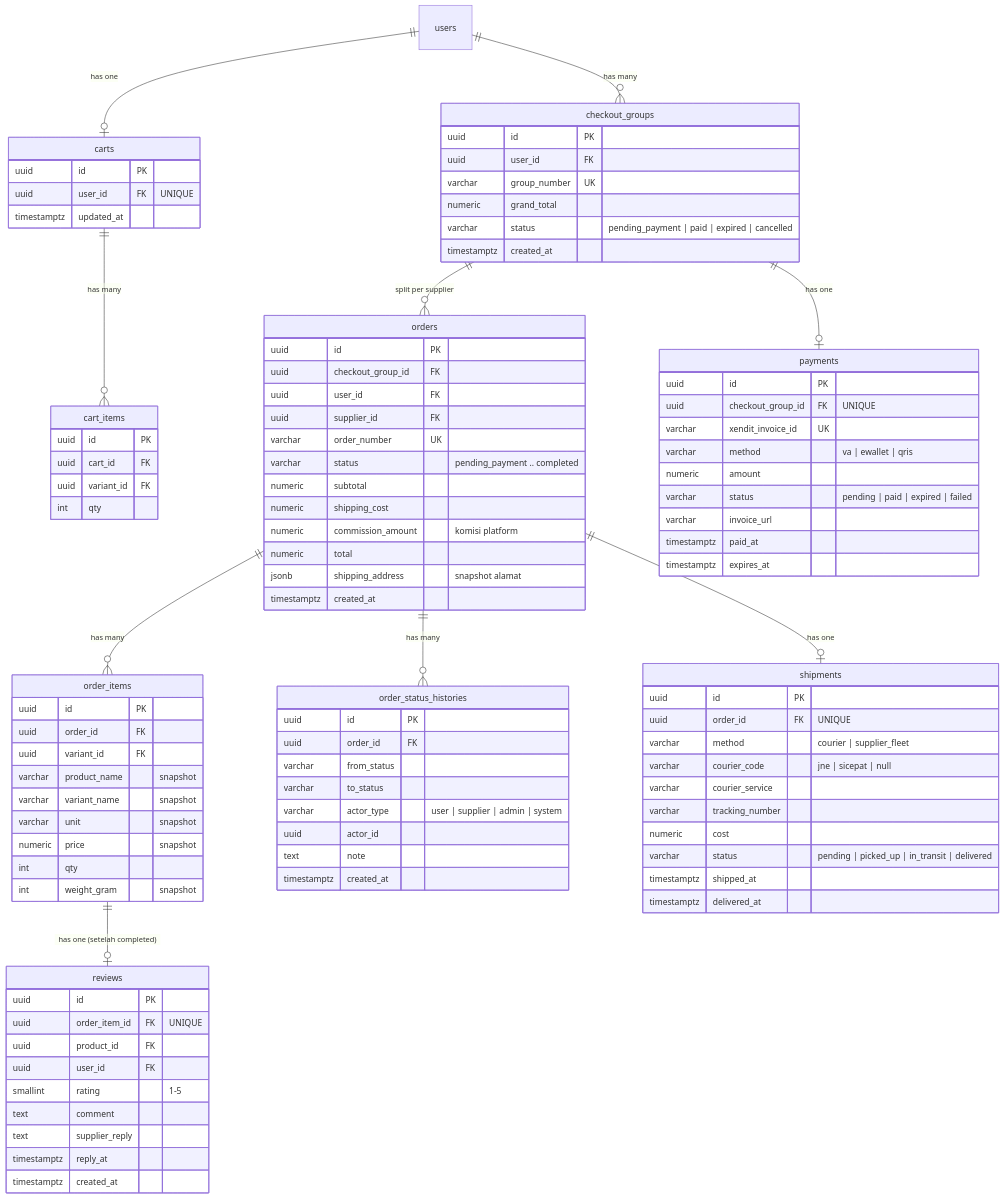
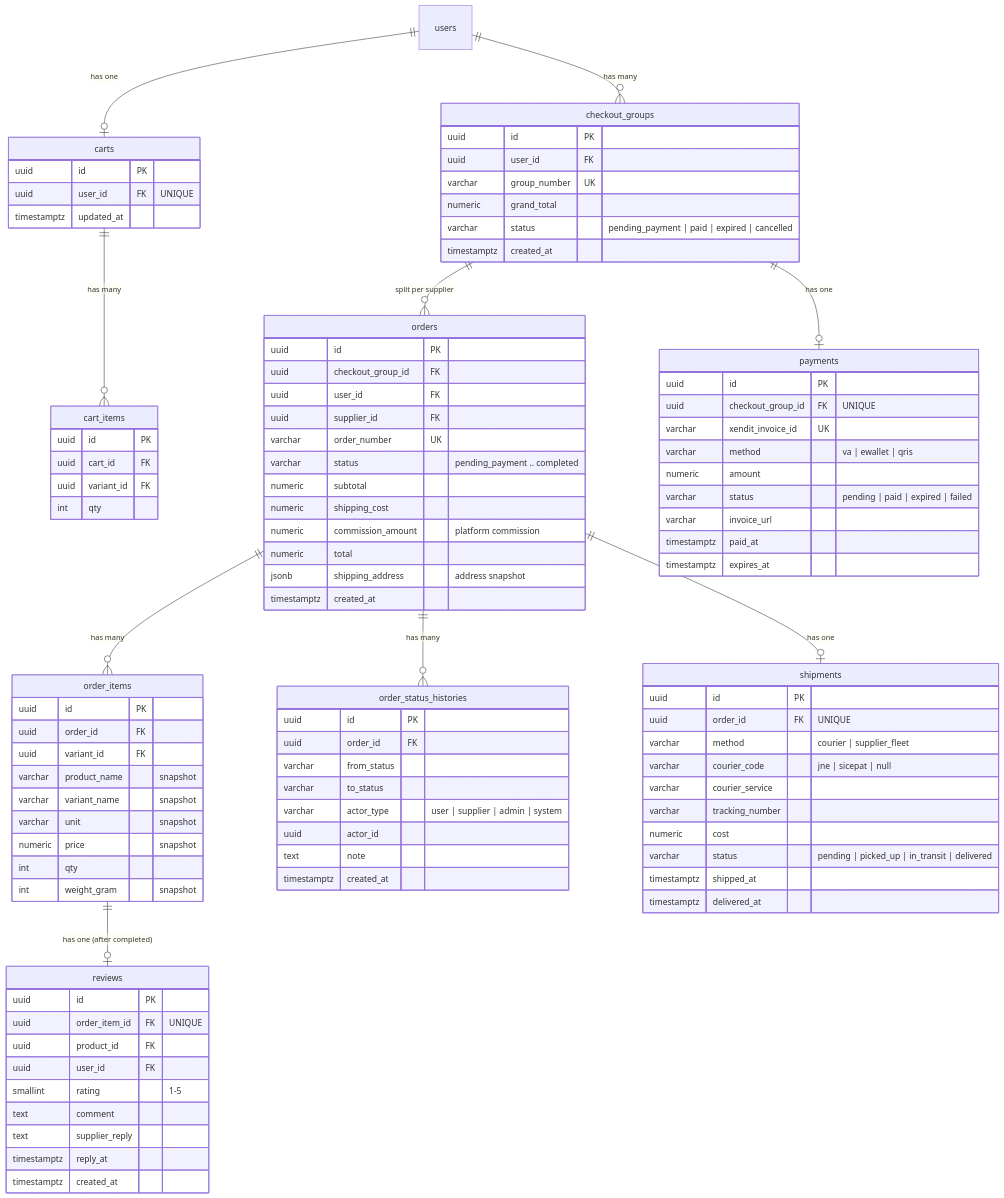
Before and after one commit to erdinhrmwn/bangunin-project: the third of 10 diagrams in docs/erd.md, drawn with Mermaid. The commit also changed other lines of this file and 6 other files, not shown here.

```diff
--- a/docs/erd.md
+++ b/docs/erd.md
@@ -175,7 +175,7 @@
     orders ||--o{ order_items : "has many"
     orders ||--o{ order_status_histories : "has many"
     orders ||--o| shipments : "has one"
-    order_items ||--o| reviews : "has one (setelah completed)"
+    order_items ||--o| reviews : "has one (after completed)"
 
     carts {
         uuid id PK
@@ -220,9 +220,9 @@
         varchar status "pending_payment .. completed"
         numeric subtotal
         numeric shipping_cost
-        numeric commission_amount "komisi platform"
+        numeric commission_amount "platform commission"
         numeric total
-        jsonb shipping_address "snapshot alamat"
+        jsonb shipping_address "address snapshot"
         timestamptz created_at
     }
 
```
